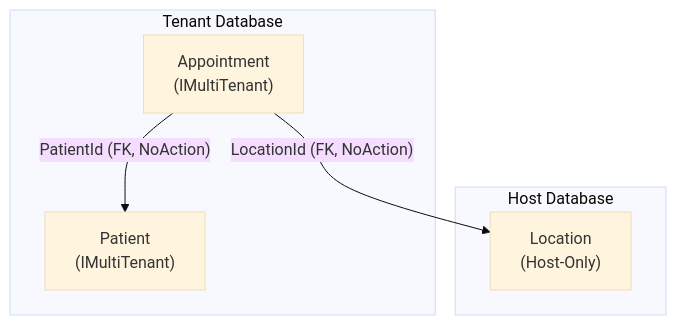
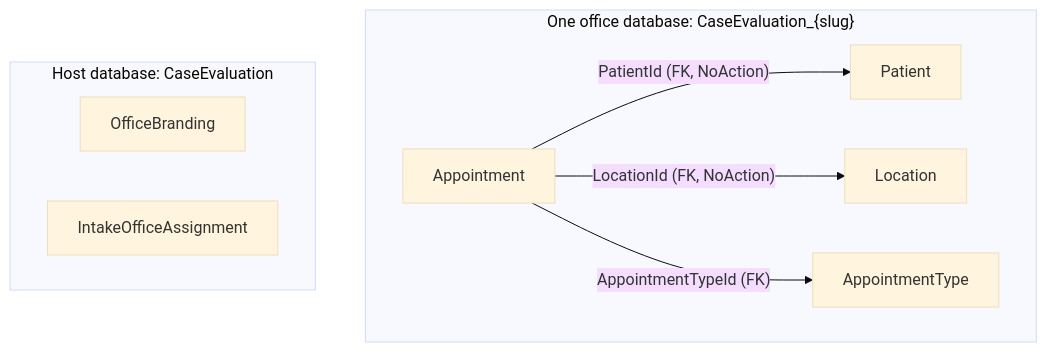
Before and after one commit to gesco-healthcare-support/hcs-patient-portal: the third of 4 diagrams in docs/architecture/MULTI-TENANCY.md, drawn with Mermaid (base theme). The commit also changed other lines of this file and 1 other file, not shown here.

````diff
--- a/docs/architecture/MULTI-TENANCY.md
+++ b/docs/architecture/MULTI-TENANCY.md
@@ -190,14 +260,18 @@
 ```mermaid
 flowchart TD
-    subgraph TenantDB["Tenant Database"]
-        Appointment["Appointment\n(IMultiTenant)"]
-        Patient["Patient\n(IMultiTenant)"]
+    subgraph OfficeDB["One office database: CaseEvaluation_{slug}"]
+        Appointment["Appointment"]
+        Patient["Patient"]
+        Location["Location"]
+        AppointmentType["AppointmentType"]
     end
 
-    subgraph HostDB["Host Database"]
-        Location["Location\n(Host-Only)"]
+    subgraph HostDB["Host database: CaseEvaluation"]
+        OfficeBranding["OfficeBranding"]
+        IntakeOfficeAssignment["IntakeOfficeAssignment"]
     end
 
     Appointment -- "PatientId (FK, NoAction)" --> Patient
     Appointment -- "LocationId (FK, NoAction)" --> Location
+    Appointment -- "AppointmentTypeId (FK)" --> AppointmentType
 ```
````
